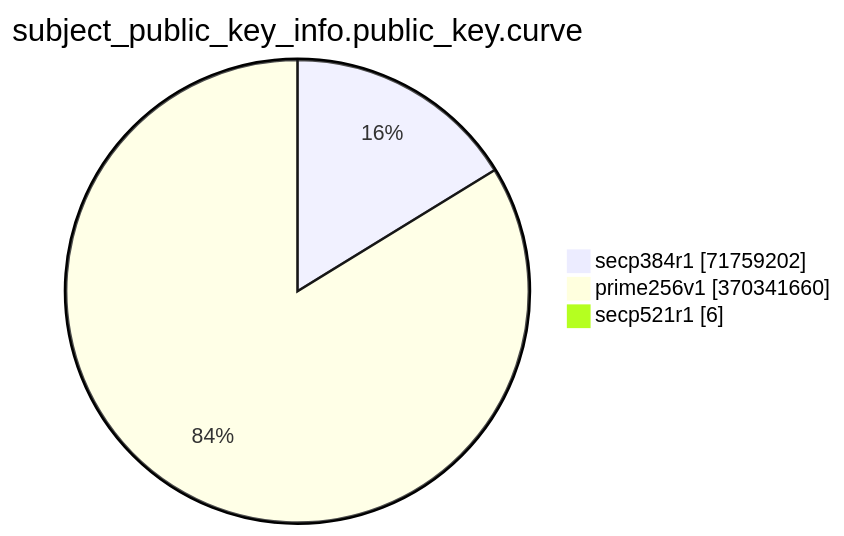
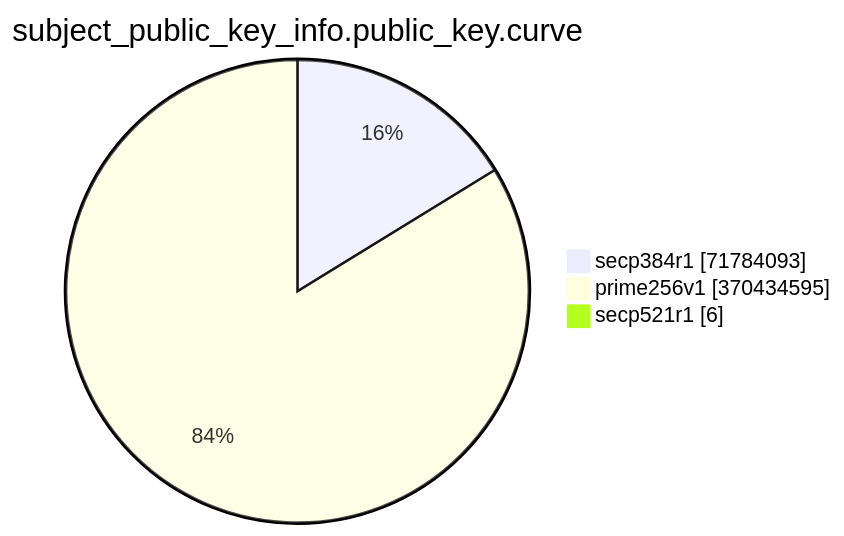
One commit to christiankrug/ctmonitor_visualization changed the eighth of 15 diagrams in TOTAL/README.md. Above: the diagram before and after it, drawn with Mermaid. The commit also changed other lines of this file, not shown here.

````diff
--- a/TOTAL/README.md
+++ b/TOTAL/README.md
@@ -3092,7 +3092,7 @@
 ```mermaid
 pie showData
 title subject_public_key_info.public_key.curve
-"secp384r1" :71759202
-"prime256v1" :370341660
+"secp384r1" :71784093
+"prime256v1" :370434595
 "secp521r1" :6
 ```
````
